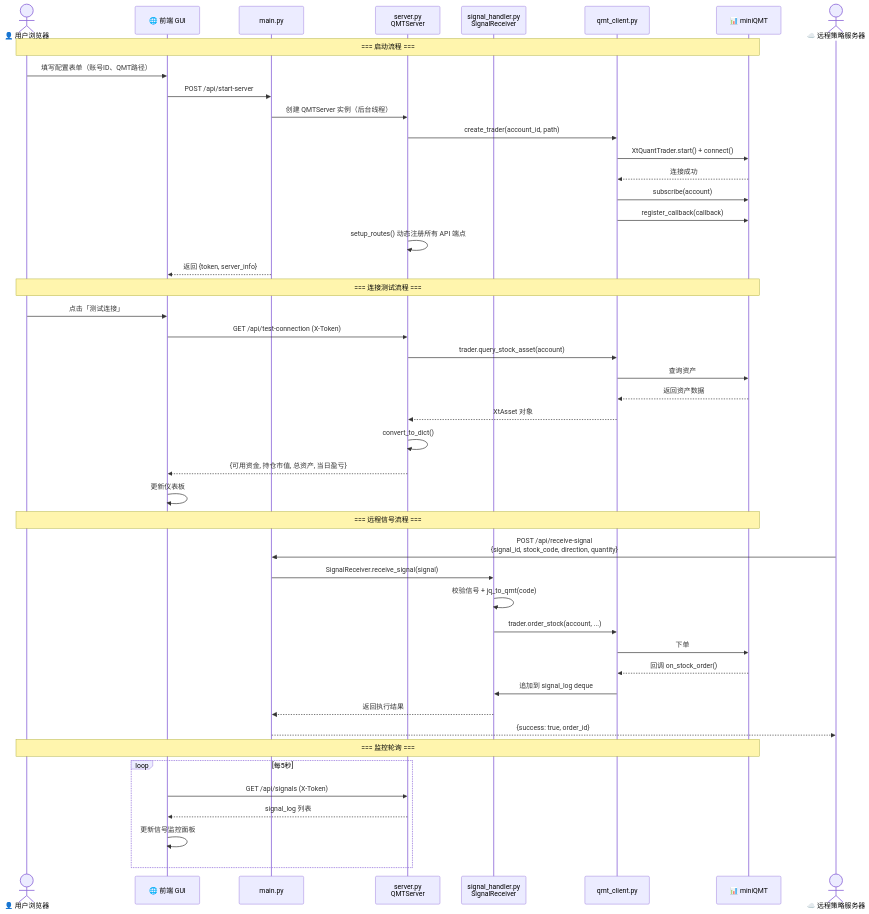
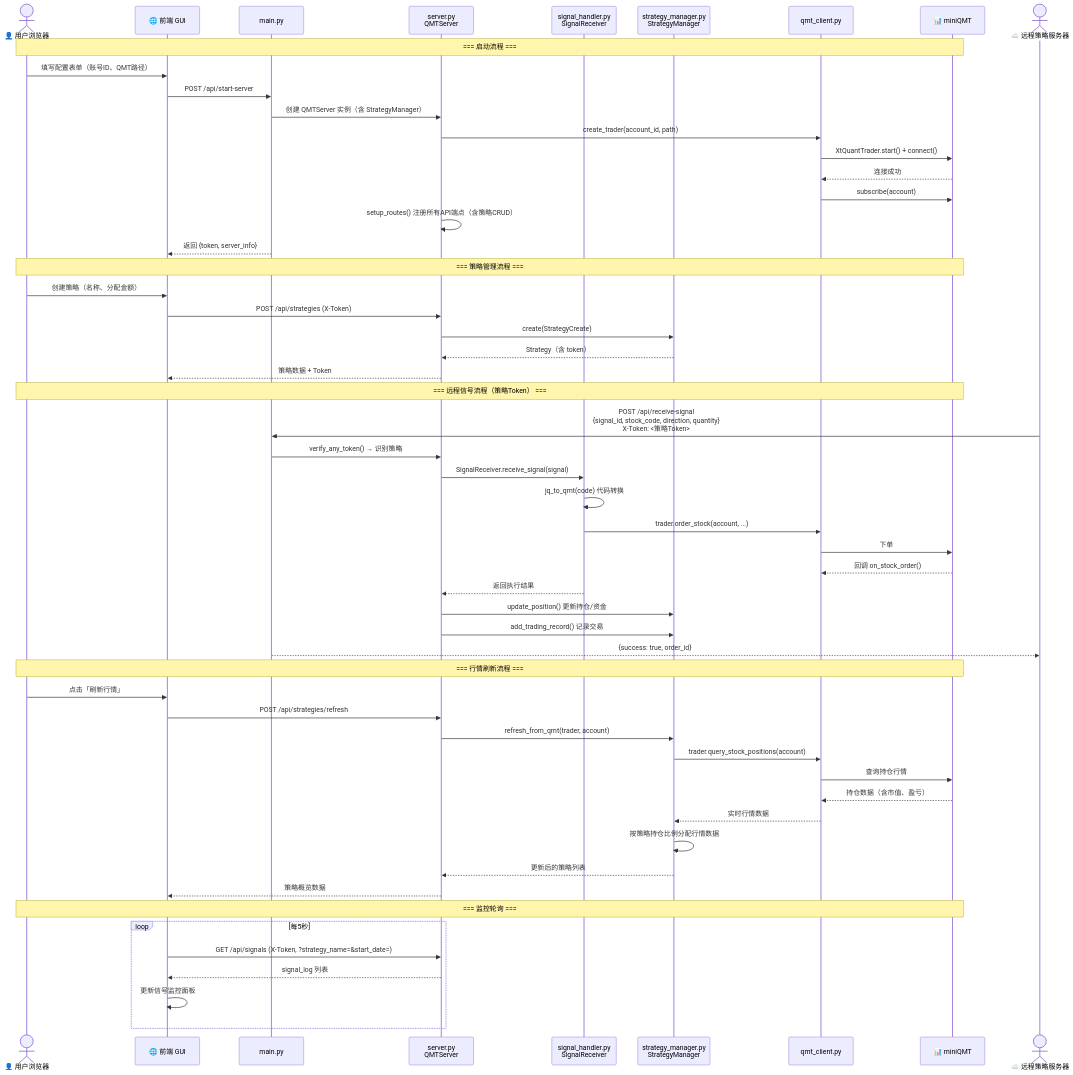
Before and after one commit to Dada-liu/QMT-Live-Assistant: the third of 5 diagrams in IMPLEMENTATION_PLAN.md, drawn with Mermaid. The commit also changed other lines of this file and 16 other files, not shown here.

````diff
--- a/IMPLEMENTATION_PLAN.md
+++ b/IMPLEMENTATION_PLAN.md
@@ -129,52 +140,62 @@
 ```mermaid
 sequenceDiagram
     actor 用户 as 👤 用户浏览器
     participant Frontend as 🌐 前端 GUI
     participant Main as main.py
     participant Svr as server.py<br/>QMTServer
     participant Sig as signal_handler.py<br/>SignalReceiver
+    participant Strat as strategy_manager.py<br/>StrategyManager
     participant Client as qmt_client.py
     participant QMT as 📊 miniQMT
 
     Note over 用户,QMT: === 启动流程 ===
     用户->>Frontend: 填写配置表单（账号ID、QMT路径）
     Frontend->>Main: POST /api/start-server
-    Main->>Svr: 创建 QMTServer 实例（后台线程）
+    Main->>Svr: 创建 QMTServer 实例（含 StrategyManager）
     Svr->>Client: create_trader(account_id, path)
     Client->>QMT: XtQuantTrader.start() + connect()
     QMT-->>Client: 连接成功
     Client->>QMT: subscribe(account)
-    Client->>QMT: register_callback(callback)
-    Svr->>Svr: setup_routes() 动态注册所有 API 端点
+    Svr->>Svr: setup_routes() 注册所有API端点（含策略CRUD）
     Main-->>Frontend: 返回 {token, server_info}
 
-    Note over 用户,QMT: === 连接测试流程 ===
-    用户->>Frontend: 点击「测试连接」
-    Frontend->>Svr: GET /api/test-connection (X-Token)
-    Svr->>Client: trader.query_stock_asset(account)
-    Client->>QMT: 查询资产
-    QMT-->>Client: 返回资产数据
-    Client-->>Svr: XtAsset 对象
-    Svr->>Svr: convert_to_dict()
-    Svr-->>Frontend: {可用资金, 持仓市值, 总资产, 当日盈亏}
-    Frontend->>Frontend: 更新仪表板
+    Note over 用户,QMT: === 策略管理流程 ===
+    用户->>Frontend: 创建策略（名称、分配金额）
+    Frontend->>Svr: POST /api/strategies (X-Token)
+    Svr->>Strat: create(StrategyCreate)
+    Strat-->>Svr: Strategy（含 token）
+    Svr-->>Frontend: 策略数据 + Token
 
-    Note over 用户,QMT: === 远程信号流程 ===
+    Note over 用户,QMT: === 远程信号流程（策略Token） ===
     actor Remote as ☁️ 远程策略服务器
-    Remote->>Main: POST /api/receive-signal<br/>{signal_id, stock_code, direction, quantity}
-    Main->>Sig: SignalReceiver.receive_signal(signal)
-    Sig->>Sig: 校验信号 + jq_to_qmt(code)
+    Remote->>Main: POST /api/receive-signal<br/>{signal_id, stock_code, direction, quantity}<br/>X-Token: <策略Token>
+    Main->>Svr: verify_any_token() → 识别策略
+    Svr->>Sig: SignalReceiver.receive_signal(signal)
+    Sig->>Sig: jq_to_qmt(code) 代码转换
     Sig->>Client: trader.order_stock(account, ...)
     Client->>QMT: 下单
     QMT-->>Client: 回调 on_stock_order()
-    Client->>Sig: 追加到 signal_log deque
-    Sig-->>Main: 返回执行结果
+    Sig-->>Svr: 返回执行结果
+    Svr->>Strat: update_position() 更新持仓/资金
+    Svr->>Strat: add_trading_record() 记录交易
     Main-->>Remote: {success: true, order_id}
+
+    Note over 用户,QMT: === 行情刷新流程 ===
+    用户->>Frontend: 点击「刷新行情」
+    Frontend->>Svr: POST /api/strategies/refresh
+    Svr->>Strat: refresh_from_qmt(trader, account)
+    Strat->>Client: trader.query_stock_positions(account)
+    Client->>QMT: 查询持仓行情
+    QMT-->>Client: 持仓数据（含市值、盈亏）
+    Client-->>Strat: 实时行情数据
+    Strat->>Strat: 按策略持仓比例分配行情数据
+    Strat-->>Svr: 更新后的策略列表
+    Svr-->>Frontend: 策略概览数据
 
     Note over 用户,QMT: === 监控轮询 ===
     loop 每5秒
-        Frontend->>Svr: GET /api/signals (X-Token)
+        Frontend->>Svr: GET /api/signals (X-Token, ?strategy_name=&start_date=)
         Svr-->>Frontend: signal_log 列表
         Frontend->>Frontend: 更新信号监控面板
     end
 ```
````
